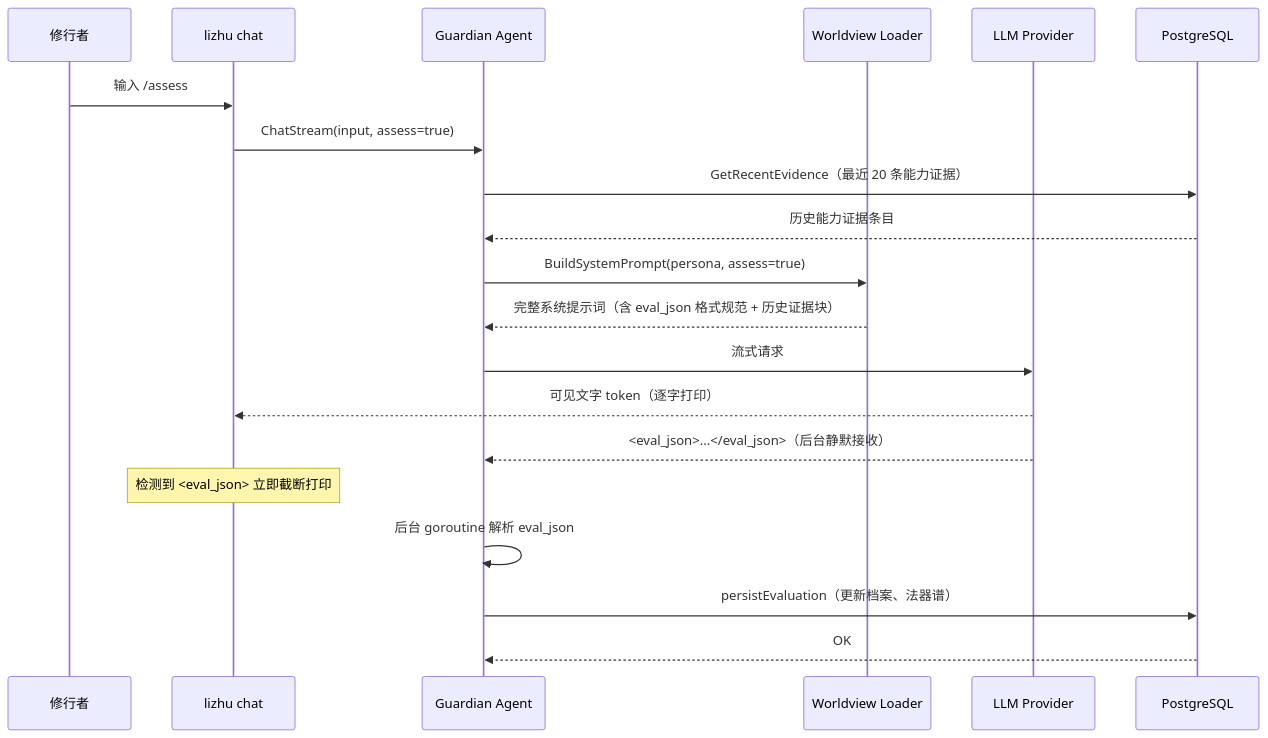
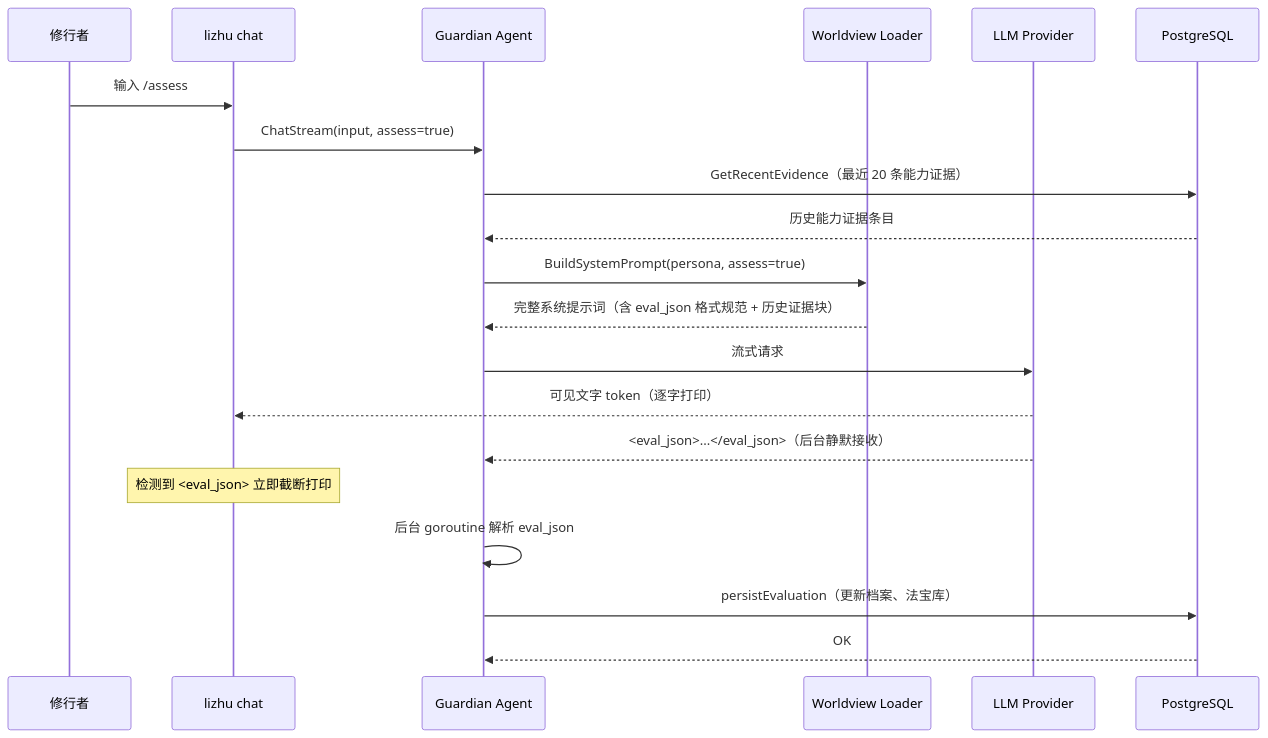
One commit to YuehaoDai/Lizhu changed the second of 3 diagrams in README.md. Above: the diagram before and after it, drawn with Mermaid. The commit also changed other lines of this file and 7 other files, not shown here.

First line of the commit message:
refactor: 全局将'法器谱'重命名为'法宝库'

````diff
--- a/README.md
+++ b/README.md
@@ -131,23 +131,23 @@
 ```mermaid
 sequenceDiagram
     participant U as 修行者
     participant CLI as lizhu chat
     participant GA as Guardian Agent
     participant WL as Worldview Loader
     participant LLM as LLM Provider
     participant DB as PostgreSQL
 
     U->>CLI: 输入 /assess
     CLI->>GA: ChatStream(input, assess=true)
     GA->>DB: GetRecentEvidence（最近 20 条能力证据）
     DB-->>GA: 历史能力证据条目
     GA->>WL: BuildSystemPrompt(persona, assess=true)
     WL-->>GA: 完整系统提示词（含 eval_json 格式规范 + 历史证据块）
     GA->>LLM: 流式请求
     LLM-->>CLI: 可见文字 token（逐字打印）
     LLM-->>GA: <eval_json>...</eval_json>（后台静默接收）
     Note over CLI: 检测到 <eval_json> 立即截断打印
     GA->>GA: 后台 goroutine 解析 eval_json
-    GA->>DB: persistEvaluation（更新档案、法器谱）
+    GA->>DB: persistEvaluation（更新档案、法宝库）
     DB-->>GA: OK
 ```
````
